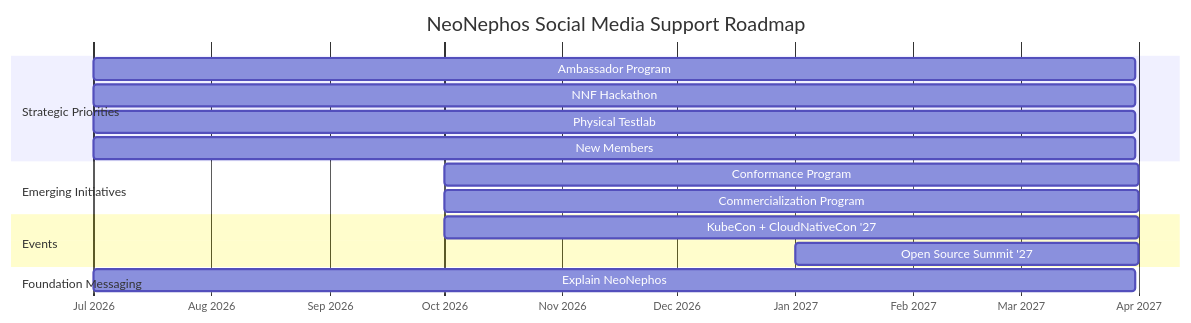
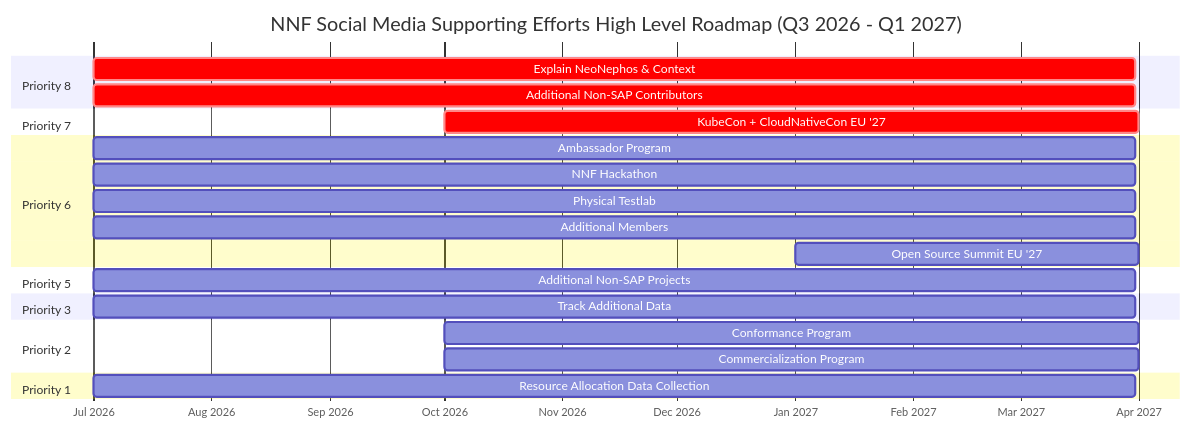
One commit to neonephos/outreach changed the first of 2 diagrams in documents/outreach_committee_playbook/social_media/strategy_documents/social_media_strategy_q3_2026_q1_2027.md. Above: the diagram before and after it, drawn with Mermaid. The commit also changed other lines of this file, not shown here.

````diff
--- a/documents/outreach_committee_playbook/social_media/strategy_documents/social_media_strategy_q3_2026_q1_2027.md
+++ b/documents/outreach_committee_playbook/social_media/strategy_documents/social_media_strategy_q3_2026_q1_2027.md
@@ -107,23 +60,33 @@
 ```mermaid
 gantt
-    title NeoNephos Social Media Support Roadmap
+    title NNF Social Media Supporting Efforts High Level Roadmap (Q3 2026 - Q1 2027)
     dateFormat YYYY-MM-DD
     axisFormat %b %Y
 
-    section Strategic Priorities
+    section Priority 8
+    Explain NeoNephos & Context :crit, 2026-07-01, 273d
+    Additional Non-SAP Contributors :crit, 2026-07-01, 273d
+
+    section Priority 7
+    KubeCon + CloudNativeCon EU '27 :crit, 2026-10-01, 182d
+
+    section Priority 6
     Ambassador Program :2026-07-01, 273d
     NNF Hackathon :2026-07-01, 273d
     Physical Testlab :2026-07-01, 273d
-    New Members :2026-07-01, 273d
+    Additional Members :2026-07-01, 273d
+    Open Source Summit EU '27 :2027-01-01, 90d
 
-    section Emerging Initiatives
+    section Priority 5
+    Additional Non-SAP Projects :2026-07-01, 273d
+
+    section Priority 3
+    Track Additional Data :2026-07-01, 273d
+
+    section Priority 2
     Conformance Program :2026-10-01, 182d
     Commercialization Program :2026-10-01, 182d
 
-    section Events
-    KubeCon + CloudNativeCon '27 :2026-10-01, 182d
-    Open Source Summit '27 :2027-01-01, 90d
-
-    section Foundation Messaging
-    Explain NeoNephos :2026-07-01, 273d
+    section Priority 1
+    Resource Allocation Data Collection :2026-07-01, 273d
 ```
````
